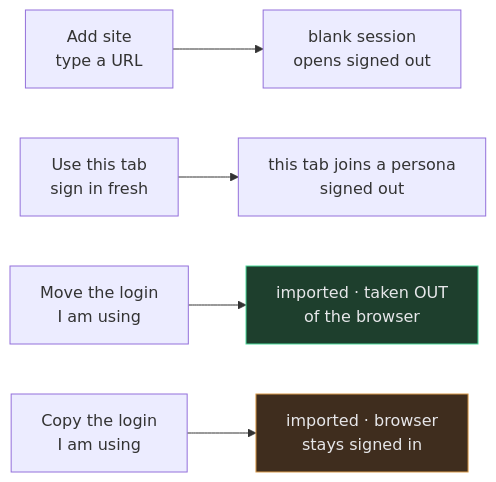
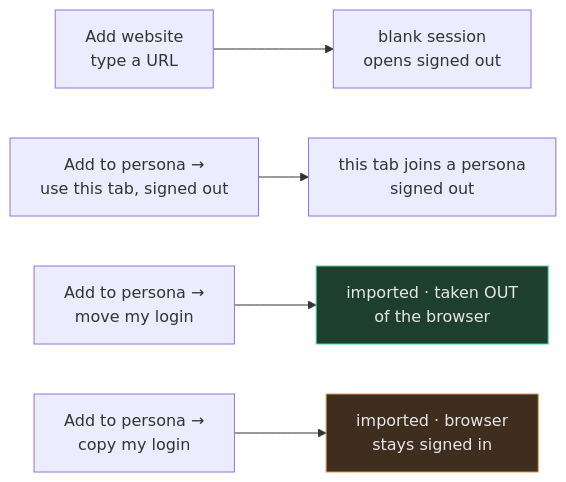
Before and after one commit to khanakia/tabsona: the fifth of 8 diagrams in docs/how-it-works.md, drawn with Mermaid. The commit also changed other lines of this file and 122 other files, not shown here.

````diff
--- a/docs/how-it-works.md
+++ b/docs/how-it-works.md
@@ -182,10 +186,10 @@
 ```mermaid
 flowchart LR
-  A["Add site<br/>type a URL"] --> R1["blank session<br/>opens signed out"]
-  B["Use this tab<br/>sign in fresh"] --> R2["this tab joins a persona<br/>signed out"]
-  C["Move the login<br/>I am using"] --> R3["imported · taken OUT<br/>of the browser"]
-  D["Copy the login<br/>I am using"] --> R4["imported · browser<br/>stays signed in"]
+  A["Add website<br/>type a URL"] --> R1["blank session<br/>opens signed out"]
+  B["Add to persona →<br/>use this tab, signed out"] --> R2["this tab joins a persona<br/>signed out"]
+  C["Add to persona →<br/>move my login"] --> R3["imported · taken OUT<br/>of the browser"]
+  D["Add to persona →<br/>copy my login"] --> R4["imported · browser<br/>stays signed in"]
 
   style R3 fill:#1e3f2d,stroke:#4ad99a,color:#e7e7ea
   style R4 fill:#3f2d1e,stroke:#d99a4a,color:#e7e7ea
 ```
````
